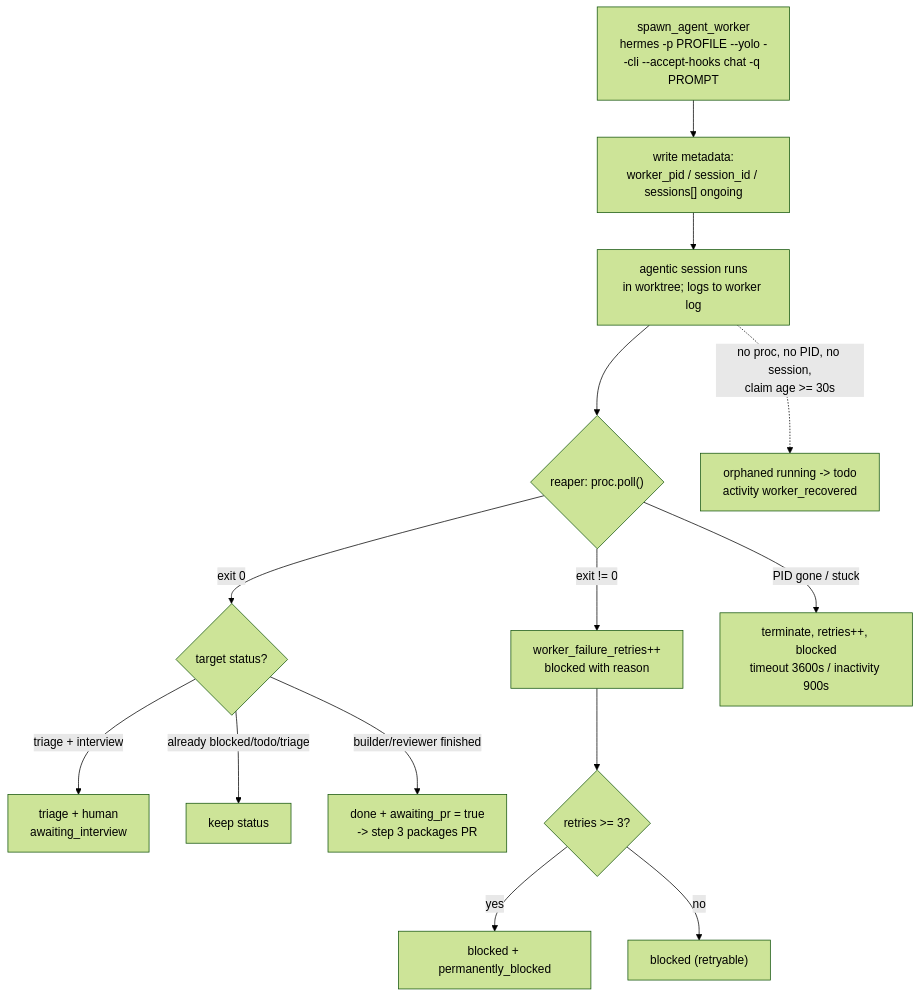
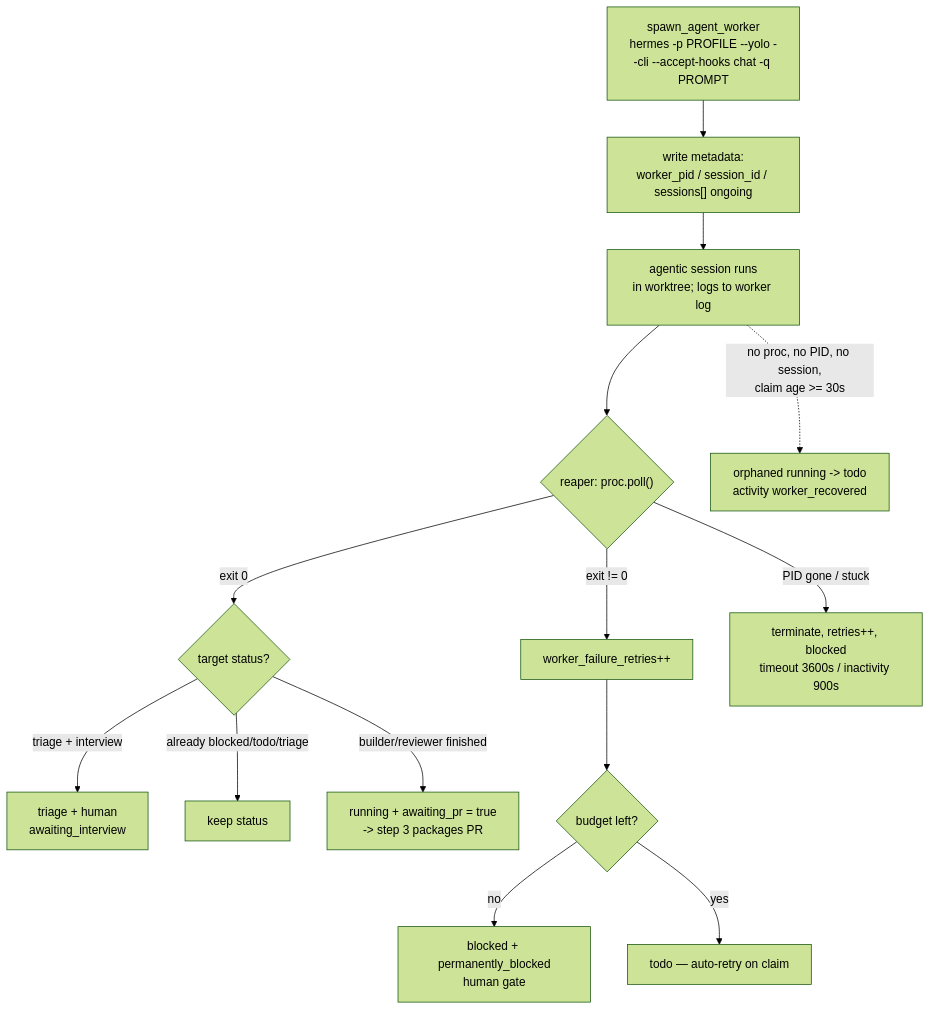
Before and after one commit to hotcode-dev/zerofactory: the fourth of 11 diagrams in docs/FLOWS.md, drawn with Mermaid (forest theme). The commit also changed other lines of this file and 11 other files, not shown here.

````diff
--- a/docs/FLOWS.md
+++ b/docs/FLOWS.md
@@ -206,16 +206,16 @@
 ```mermaid
 flowchart TD
     SP["spawn_agent_worker<br/>hermes -p PROFILE --yolo --cli --accept-hooks chat -q PROMPT"] --> META["write metadata:<br/>worker_pid / session_id / sessions[] ongoing"]
     META --> RUN["agentic session runs<br/>in worktree; logs to worker log"]
     RUN --> POLL{"reaper: proc.poll()"}
     POLL -->|"exit 0"| OK{"target status?"}
     OK -->|"triage + interview"| TRI["triage + human<br/>awaiting_interview"]
     OK -->|"already blocked/todo/triage"| KEEP["keep status"]
-    OK -->|"builder/reviewer finished"| AUTO["done + awaiting_pr = true<br/>-> step 3 packages PR"]
-    POLL -->|"exit != 0"| FAIL["worker_failure_retries++<br/>blocked with reason"]
-    FAIL --> FB{"retries >= 3?"}
-    FB -->|yes| PERM["blocked + permanently_blocked"]
-    FB -->|no| RETRY["blocked (retryable)"]
+    OK -->|"builder/reviewer finished"| AUTO["running + awaiting_pr = true<br/>-> step 3 packages PR"]
+    POLL -->|"exit != 0"| FAIL["worker_failure_retries++"]
+    FAIL --> FB{"budget left?"}
+    FB -->|no| PERM["blocked + permanently_blocked<br/>human gate"]
+    FB -->|yes| RETRY["todo — auto-retry on claim"]
     POLL -->|"PID gone / stuck"| STUCK["terminate, retries++, blocked<br/>timeout 3600s / inactivity 900s"]
     RUN -.->|"no proc, no PID, no session,<br/>claim age >= 30s"| ORPH["orphaned running -> todo<br/>activity worker_recovered"]
 ```
````
